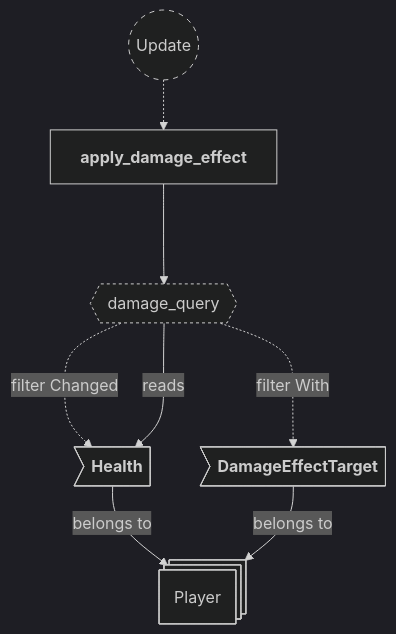
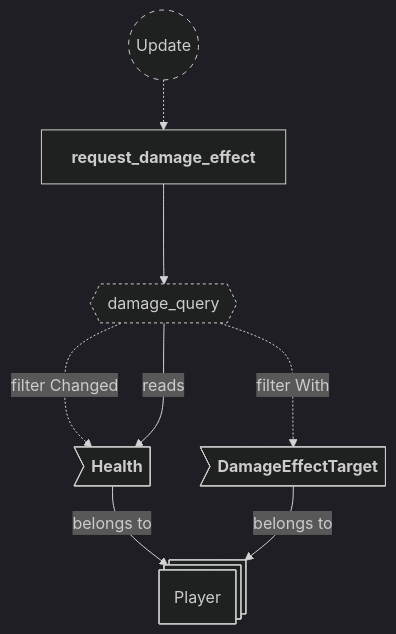
One commit to neurosoup/tyled changed the tenth of 22 diagrams in backlog/docs/doc-10 - 008-Effects-plugin.md. Above: the diagram before and after it, drawn with Mermaid. The commit also changed other lines of this file and 3 other files, not shown here.

First line of the commit message:
Docs: rewrite doc-11 damage plugin, diagrams in doc-10; rename effect request systems

````diff
--- a/backlog/docs/doc-10 - 008-Effects-plugin.md
+++ b/backlog/docs/doc-10 - 008-Effects-plugin.md
@@ -456,27 +545,27 @@
 ```mermaid
 ---
 config:
   theme: dark
 ---
 
 flowchart TD
 classDef system-group stroke-dasharray: 5 5
 classDef query stroke-dasharray: 3 3
 
 update(("`Update`")):::system-group
-apply_damage_effect["`**apply_damage_effect**`"]
+request_damage_effect["`**request_damage_effect**`"]
 
-update -.-> apply_damage_effect
+update -.-> request_damage_effect
 
 damage_query{{"`damage_query`"}}:::query
-apply_damage_effect ---> damage_query
+request_damage_effect ---> damage_query
 
 player_entity@{ shape: st-rect, label: "Player" }
 
 pe_health>"`**Health**`"] --> |belongs to| player_entity
 pe_marker>"`**DamageEffectTarget**`"] --> |belongs to| player_entity
 
 damage_query -..-> |filter Changed| pe_health
 damage_query -..-> |filter With| pe_marker
 damage_query ---> |reads| pe_health
 ```
````
